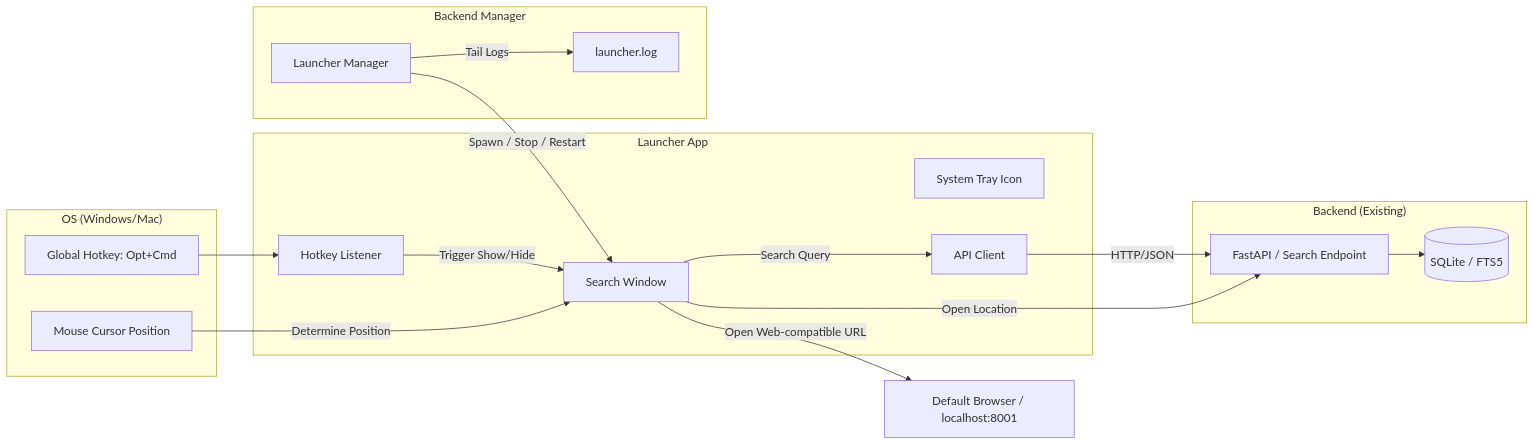
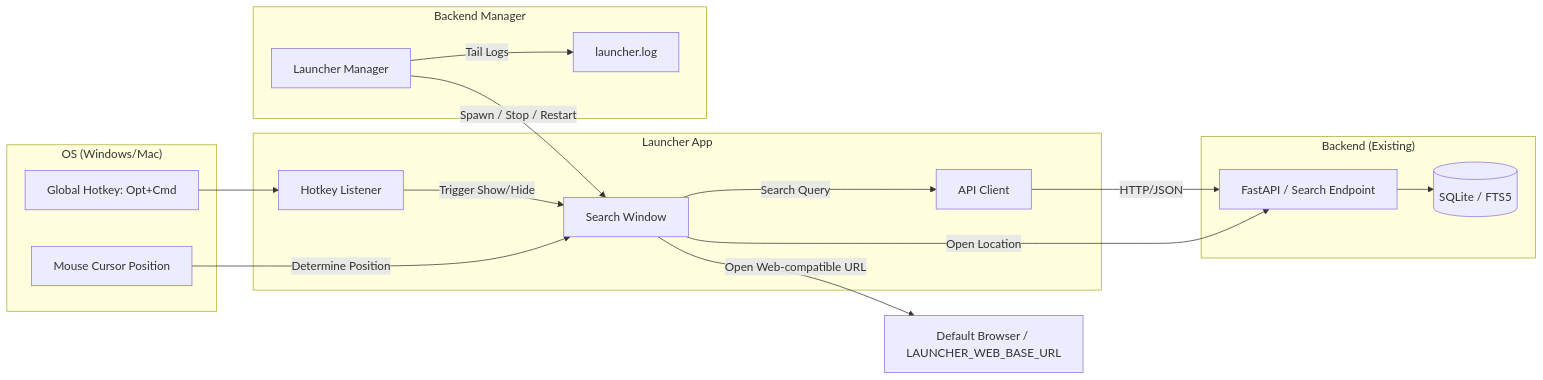
The diagram in launcher/docs/architecture.md (myao9494/Local-fulltext-search), drawn with Mermaid before and after one commit. The commit also changed other lines of this file and 7 other files, not shown here.

````diff
--- a/launcher/docs/architecture.md
+++ b/launcher/docs/architecture.md
@@ -14,35 +14,34 @@
 ```mermaid
 graph LR
     subgraph "OS (Windows/Mac)"
         HK[Global Hotkey: Opt+Cmd]
         Mouse[Mouse Cursor Position]
     end
 
     subgraph "Launcher App"
-        Tray[System Tray Icon]
         UI[Search Window]
         Client[API Client]
         Listener[Hotkey Listener]
     end
 
     subgraph "Backend Manager"
         LM[Launcher Manager]
         Log[launcher.log]
     end
 
     subgraph "Backend (Existing)"
         API[FastAPI / Search Endpoint]
         DB[(SQLite / FTS5)]
     end
 
     HK --> Listener
     Listener -->|Trigger Show/Hide| UI
     Mouse -->|Determine Position| UI
     UI -->|Search Query| Client
     Client -->|HTTP/JSON| API
     API --> DB
-    UI -->|Open Web-compatible URL| Browser[Default Browser / localhost:8001]
+    UI -->|Open Web-compatible URL| Browser[Default Browser / LAUNCHER_WEB_BASE_URL]
     UI -->|Open Location| API
     LM -->|Spawn / Stop / Restart| UI
     LM -->|Tail Logs| Log
 ```
````
